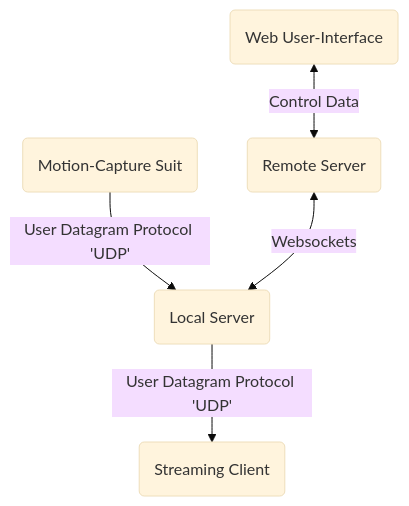
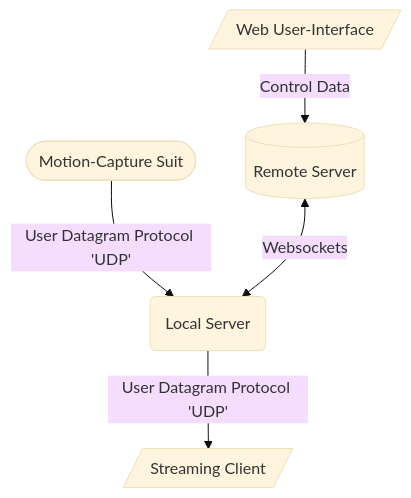
The first of 3 diagrams in project_overview_mermaid.md (goldsmocap/mocap-streamer), drawn with Mermaid (base theme) before and after one commit. The commit also changed other lines of this file, not shown here.

````diff
--- a/project_overview_mermaid.md
+++ b/project_overview_mermaid.md
@@ -4,8 +4,13 @@
 ```mermaid
   flowchart TD;
 
-    Suit(Motion-Capture Suit)--User Datagram Protocol 'UDP'-->Local(Local Server);
-    Remote(Remote Server)<--Websockets-->Local(Local Server);
-    UI(Web User-Interface)<--Control Data-->Remote;
-    Local(Local Server) --User Datagram Protocol 'UDP'--> Client(Streaming Client);
+    Suit([Motion-Capture Suit])--User Datagram Protocol 'UDP'-->
+    Local(Local Server);
+    
+    UI[/Web User-Interface/]--Control Data-->
+    Remote[(Remote Server)]<--Websockets-->
+    Local(Local Server)--User Datagram Protocol 'UDP'--> 
+    Client[/Streaming Client/];
+    click Client "http://www.github.com" "This is a tooltip for a link"
+
 ```
````
